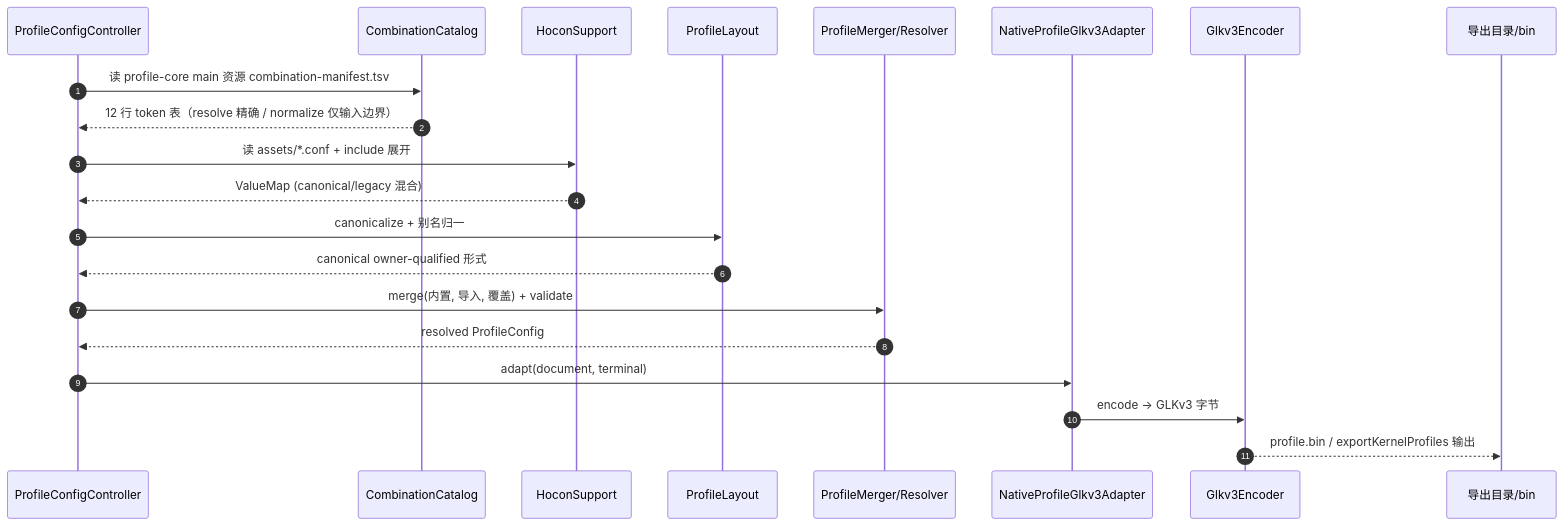
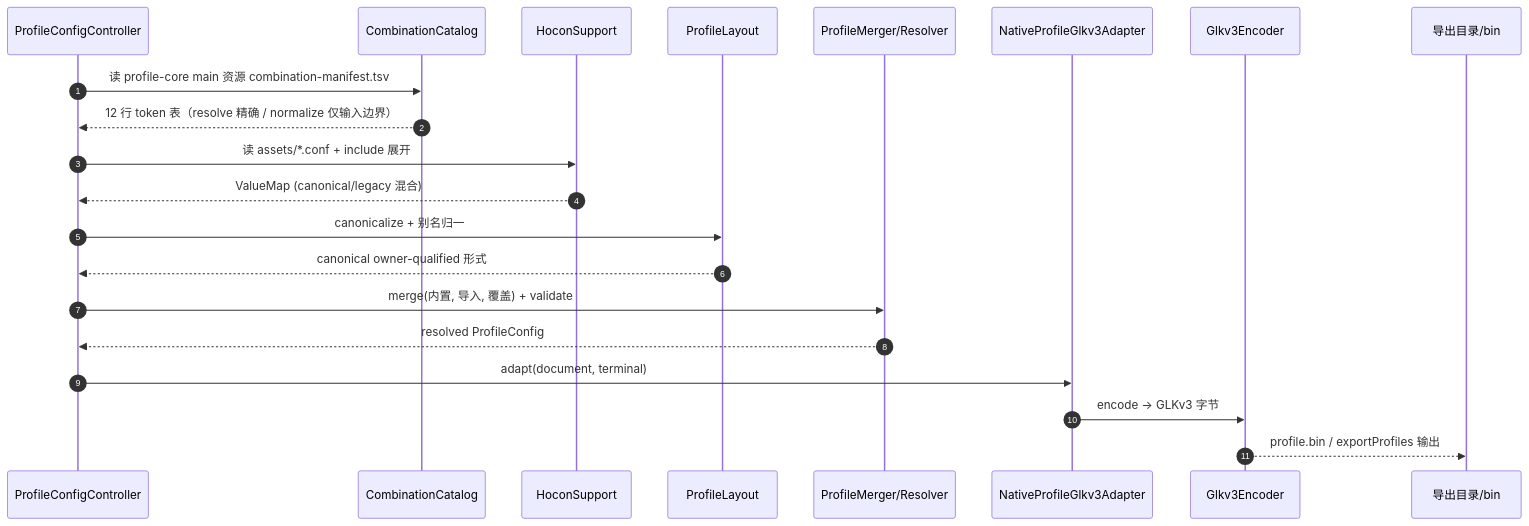
One commit to YuKongA/ghostlock-app changed diagram 12 of 14 in docs/development/full-process-uml.md. Above: the diagram before and after it, drawn with Mermaid. The commit also changed other lines of this file and 365 other files, not shown here.

````diff
--- a/docs/development/full-process-uml.md
+++ b/docs/development/full-process-uml.md
@@ -689,23 +693,23 @@
 ```mermaid
 sequenceDiagram
   autonumber
   participant Ctrl as ProfileConfigController
   participant CAT as CombinationCatalog
   participant HS as HoconSupport
   participant PL as ProfileLayout
   participant PM as ProfileMerger/Resolver
   participant AD as NativeProfileGlkv3Adapter
   participant EN as Glkv3Encoder
   participant FS as 导出目录/bin
   Ctrl->>CAT: 读 profile-core main 资源 combination-manifest.tsv
   CAT-->>Ctrl: 12 行 token 表（resolve 精确 / normalize 仅输入边界）
   Ctrl->>HS: 读 assets/*.conf + include 展开
   HS-->>Ctrl: ValueMap (canonical/legacy 混合)
   Ctrl->>PL: canonicalize + 别名归一
   PL-->>Ctrl: canonical owner-qualified 形式
   Ctrl->>PM: merge(内置, 导入, 覆盖) + validate
   PM-->>Ctrl: resolved ProfileConfig
   Ctrl->>AD: adapt(document, terminal)
   AD->>EN: encode → GLKv3 字节
-  EN-->>FS: profile.bin / exportKernelProfiles 输出
+  EN-->>FS: profile.bin / exportProfiles 输出
 ```
````
